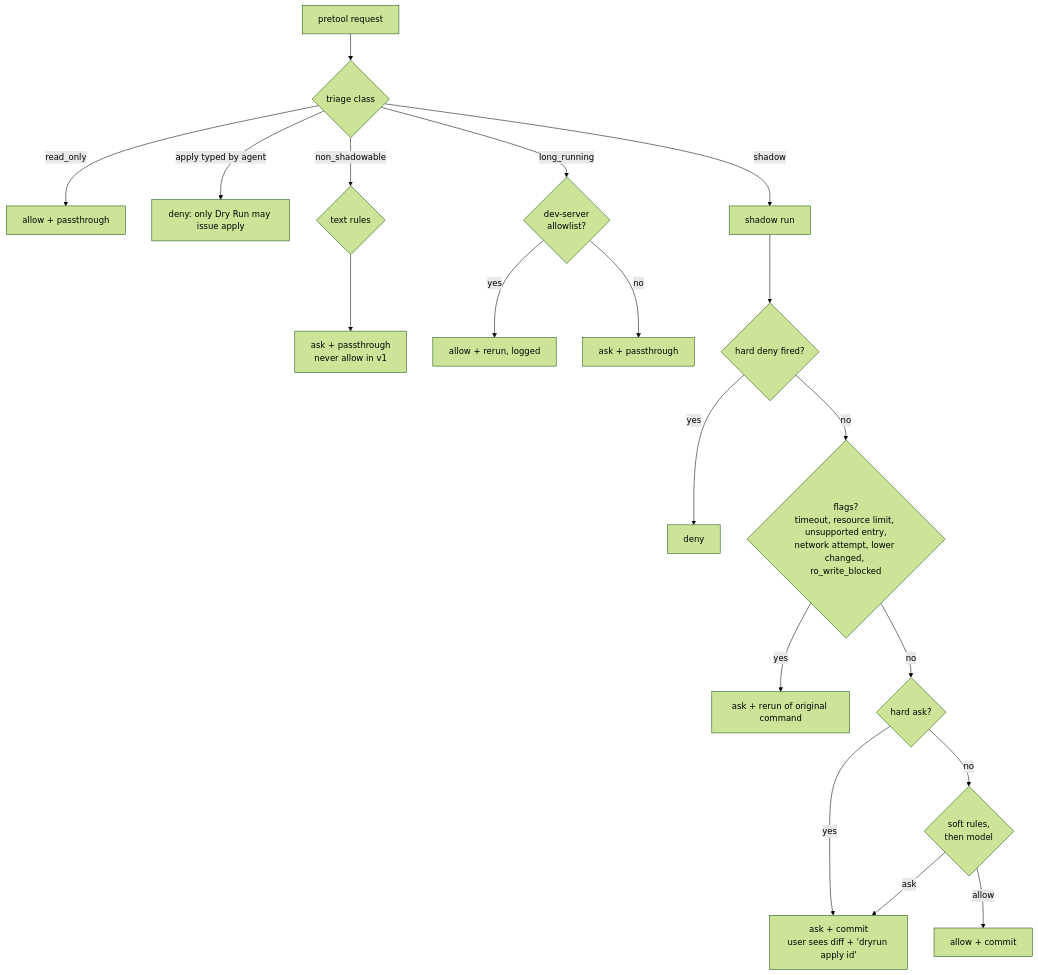
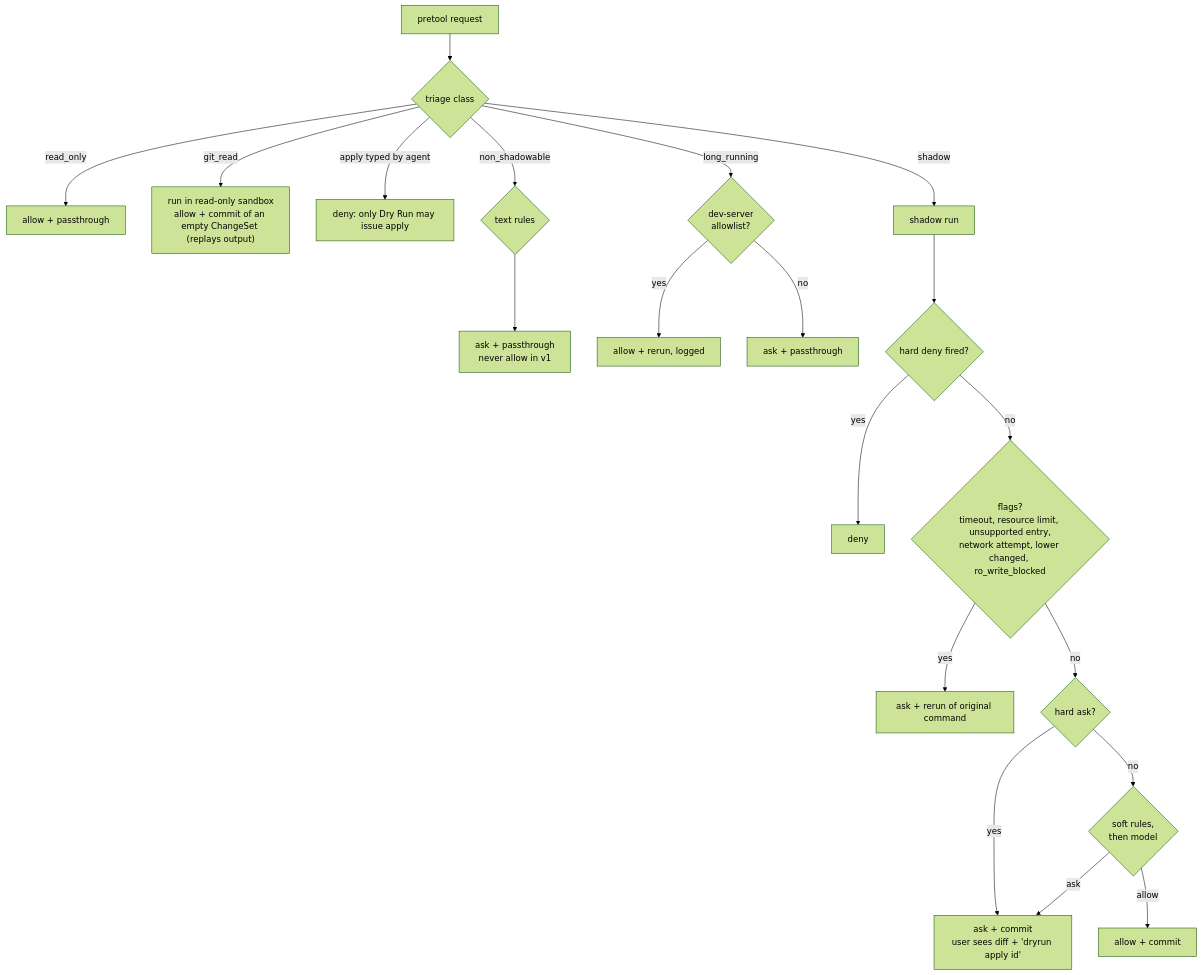
The fourth of 12 diagrams in docs/ARCHITECTURE.md (RyanL2/dry-run), drawn with Mermaid (forest theme) before and after one commit. The commit also changed other lines of this file and 8 other files, not shown here.

First line of the commit message:
fix: run git reads in the read-only sandbox instead of predicting git config

````diff
--- a/docs/ARCHITECTURE.md
+++ b/docs/ARCHITECTURE.md
@@ -140,21 +141,22 @@
 ```mermaid
 flowchart TD
     IN[pretool request] --> TA{triage class}
     TA -- read_only --> R1["allow + passthrough"]
+    TA -- git_read --> RG["run in read-only sandbox<br/>allow + commit of an empty ChangeSet (replays output)"]
     TA -- "apply typed by agent" --> R2["deny: only Dry Run may issue apply"]
     TA -- non_shadowable --> TXR{text rules}
     TXR --> R3["ask + passthrough<br/>never allow in v1"]
     TA -- long_running --> LR{"dev-server<br/>allowlist?"}
     LR -- yes --> R4["allow + rerun, logged"]
     LR -- no --> R5[ask + passthrough]
     TA -- shadow --> SH[shadow run]
     SH --> HD{hard deny fired?}
     HD -- yes --> R7[deny]
     HD -- no --> FL{"flags?<br/>timeout, resource limit, unsupported entry,<br/>network attempt, lower changed, ro_write_blocked"}
     FL -- yes --> R6["ask + rerun of original command"]
     FL -- no --> HA{hard ask?}
     HA -- yes --> R9["ask + commit<br/>user sees diff + 'dryrun apply id'"]
     HA -- no --> SR{"soft rules,<br/>then model"}
     SR -- ask --> R9
     SR -- allow --> R10["allow + commit"]
 ```
````
